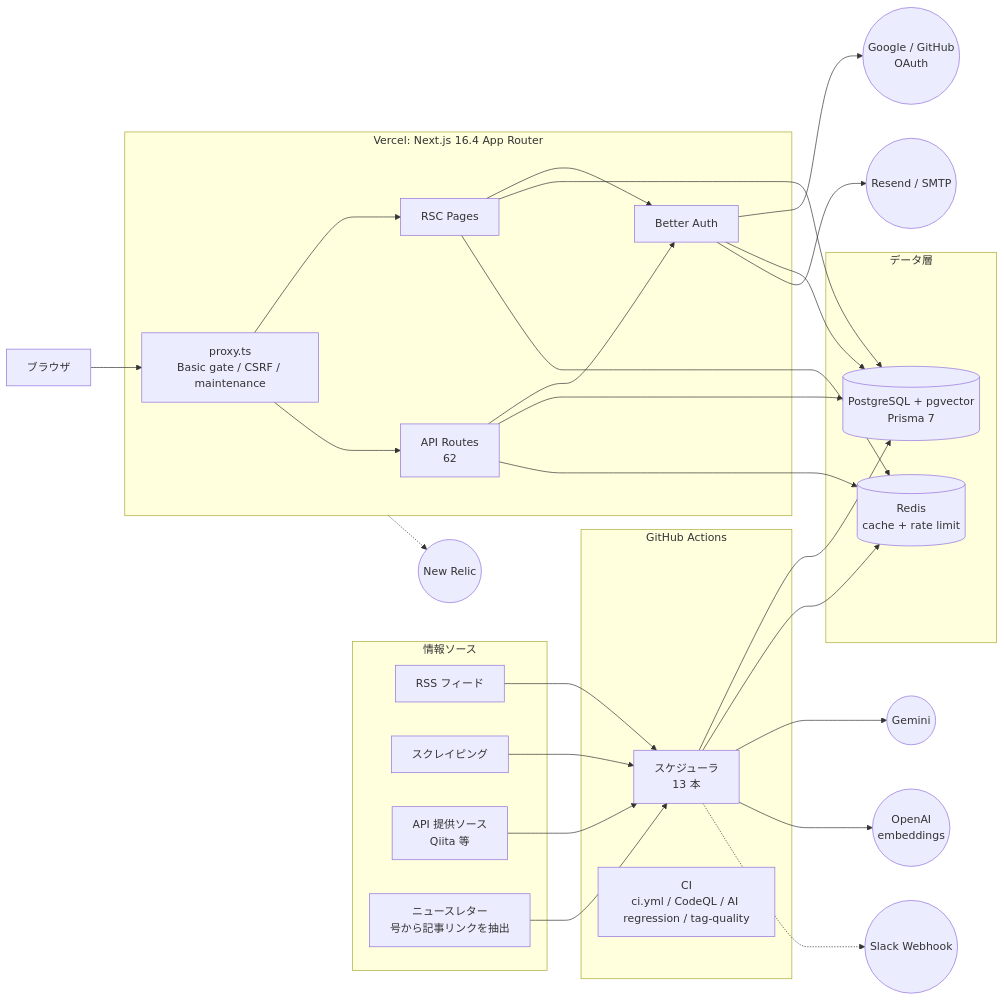
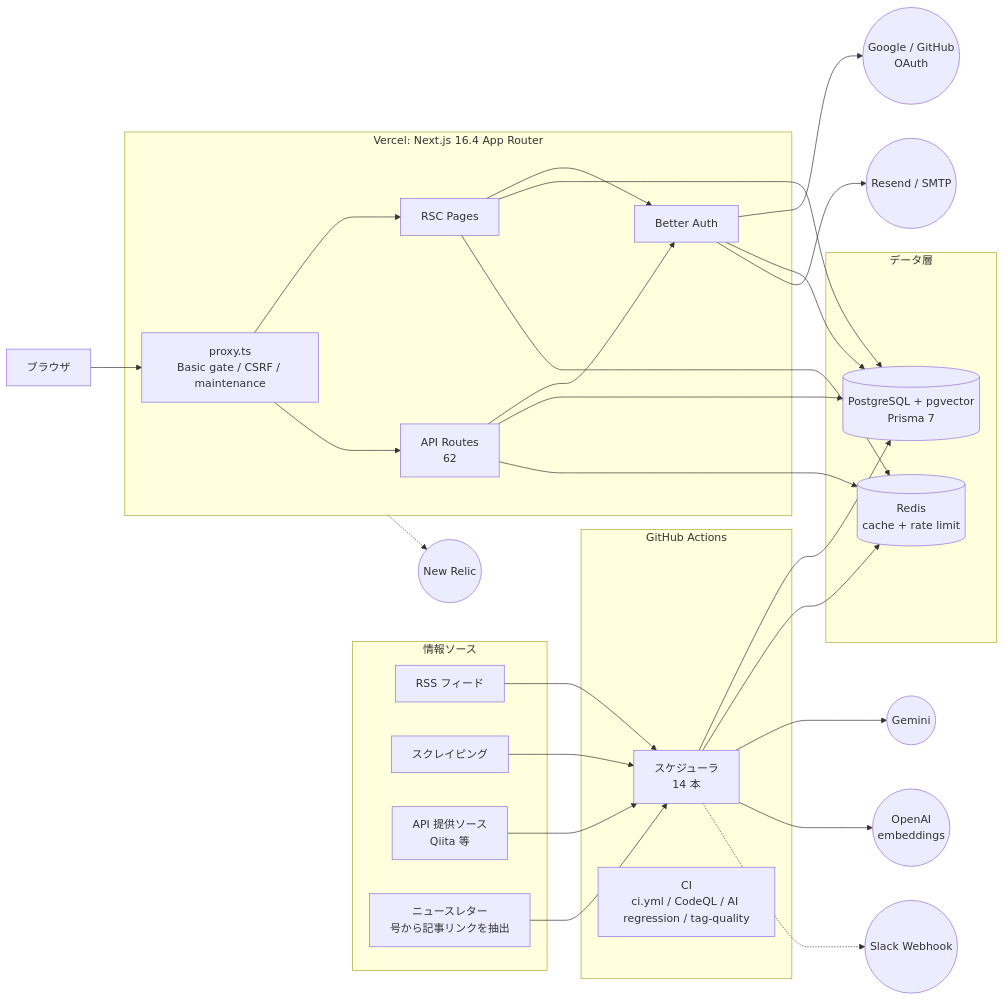
The first of 2 diagrams in docs/architecture/01-system-overview.md (pawafulu7/techtrend), drawn with Mermaid before and after one commit. The commit also changed other lines of this file and 62 other files, not shown here.

````diff
--- a/docs/architecture/01-system-overview.md
+++ b/docs/architecture/01-system-overview.md
@@ -9,59 +9,59 @@
 ```mermaid
 flowchart LR
     browser["ブラウザ"]
 
     subgraph src["情報ソース"]
         src_rss["RSS フィード"]
         src_scrape["スクレイピング"]
         src_api["API 提供ソース<br/>Qiita 等"]
         src_news["ニュースレター<br/>号から記事リンクを抽出"]
     end
 
     subgraph gha["GitHub Actions"]
-        gha_sched["スケジューラ<br/>13 本"]
+        gha_sched["スケジューラ<br/>14 本"]
         gha_ci["CI<br/>ci.yml / CodeQL / AI regression / tag-quality"]
     end
 
     subgraph vercel["Vercel: Next.js 16.4 App Router"]
         proxy["proxy.ts<br/>Basic gate / CSRF / maintenance"]
         pages["RSC Pages"]
         api_routes["API Routes<br/>62"]
         better_auth["Better Auth"]
     end
 
     subgraph data["データ層"]
         pg[("PostgreSQL + pgvector<br/>Prisma 7")]
         redis[("Redis<br/>cache + rate limit")]
     end
 
     gemini(("Gemini"))
     openai(("OpenAI<br/>embeddings"))
     mail(("Resend / SMTP"))
     slack(("Slack Webhook"))
     oauth(("Google / GitHub<br/>OAuth"))
     newrelic(("New Relic"))
 
     src_rss --> gha_sched
     src_scrape --> gha_sched
     src_api --> gha_sched
     src_news --> gha_sched
     gha_sched --> pg
     gha_sched --> redis
     gha_sched --> gemini
     gha_sched --> openai
     gha_sched -.-> slack
 
     browser --> proxy
     proxy --> pages
     proxy --> api_routes
     pages --> better_auth
     api_routes --> better_auth
     better_auth --> oauth
     better_auth --> pg
     better_auth --> mail
     pages --> pg
     pages --> redis
     api_routes --> pg
     api_routes --> redis
     vercel -.-> newrelic
 ```
````
